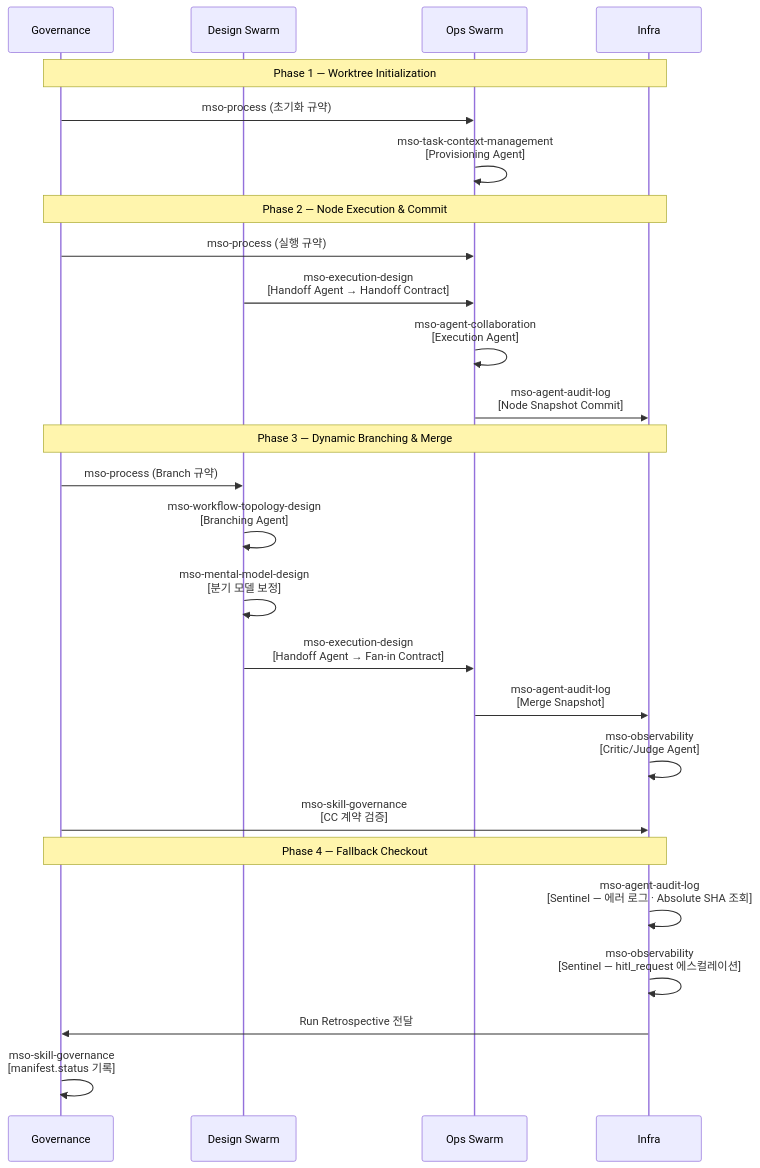
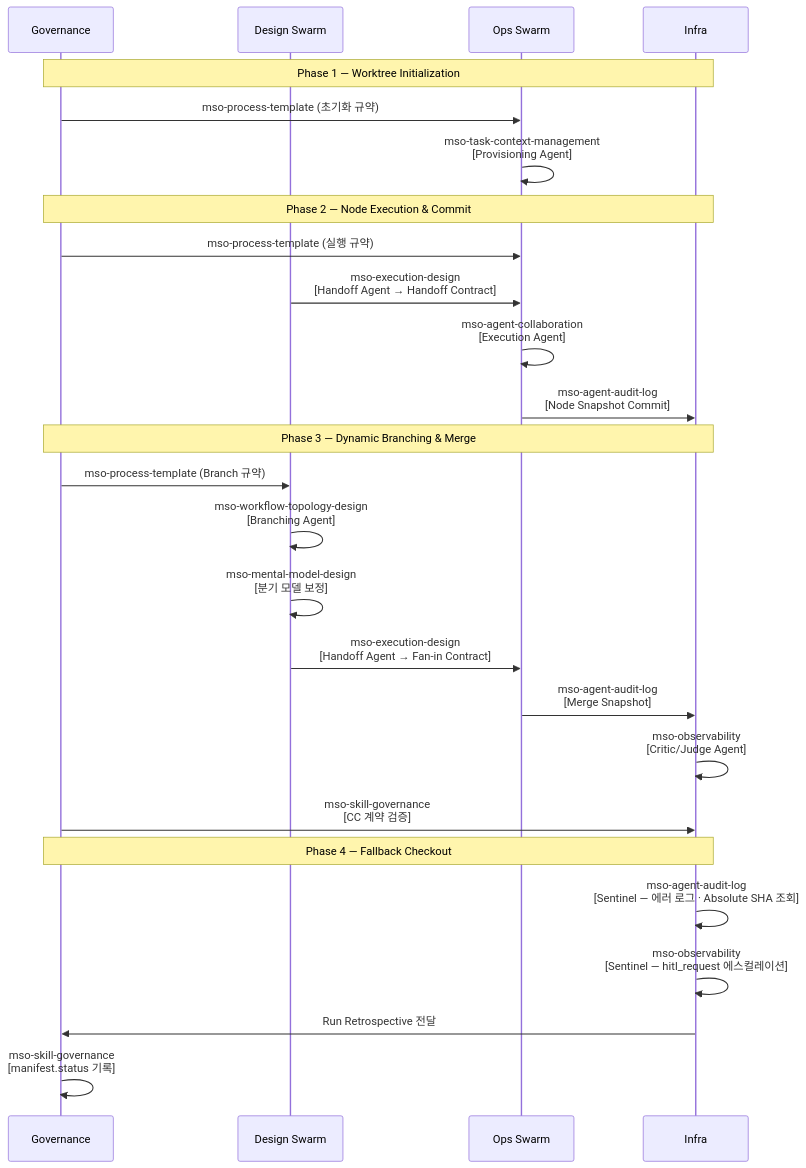
One commit to WMJOON/multi-swarm-orchestrator changed the diagram in docs/usage_matrix.md. Above: the diagram before and after it, drawn with Mermaid. The commit also changed other lines of this file and 22 other files, not shown here.

First line of the commit message:
refactor: rename mso-process → mso-process-template, consolidate templates as SoT

````diff
--- a/docs/usage_matrix.md
+++ b/docs/usage_matrix.md
@@ -107,32 +107,32 @@
 ```mermaid
 sequenceDiagram
     participant Gov as Governance
     participant DS as Design Swarm
     participant Ops as Ops Swarm
     participant Infra as Infra
 
     Note over Gov,Infra: Phase 1 — Worktree Initialization
-    Gov->>Ops: mso-process (초기화 규약)
+    Gov->>Ops: mso-process-template (초기화 규약)
     Ops->>Ops: mso-task-context-management<br/>[Provisioning Agent]
 
     Note over Gov,Infra: Phase 2 — Node Execution & Commit
-    Gov->>Ops: mso-process (실행 규약)
+    Gov->>Ops: mso-process-template (실행 규약)
     DS->>Ops: mso-execution-design<br/>[Handoff Agent → Handoff Contract]
     Ops->>Ops: mso-agent-collaboration<br/>[Execution Agent]
     Ops->>Infra: mso-agent-audit-log<br/>[Node Snapshot Commit]
 
     Note over Gov,Infra: Phase 3 — Dynamic Branching & Merge
-    Gov->>DS: mso-process (Branch 규약)
+    Gov->>DS: mso-process-template (Branch 규약)
     DS->>DS: mso-workflow-topology-design<br/>[Branching Agent]
     DS->>DS: mso-mental-model-design<br/>[분기 모델 보정]
     DS->>Ops: mso-execution-design<br/>[Handoff Agent → Fan-in Contract]
     Ops->>Infra: mso-agent-audit-log<br/>[Merge Snapshot]
     Infra->>Infra: mso-observability<br/>[Critic/Judge Agent]
     Gov->>Infra: mso-skill-governance<br/>[CC 계약 검증]
 
     Note over Gov,Infra: Phase 4 — Fallback Checkout
     Infra->>Infra: mso-agent-audit-log<br/>[Sentinel — 에러 로그 · Absolute SHA 조회]
     Infra->>Infra: mso-observability<br/>[Sentinel — hitl_request 에스컬레이션]
     Infra->>Gov: Run Retrospective 전달
     Gov->>Gov: mso-skill-governance<br/>[manifest.status 기록]
 ```
````
